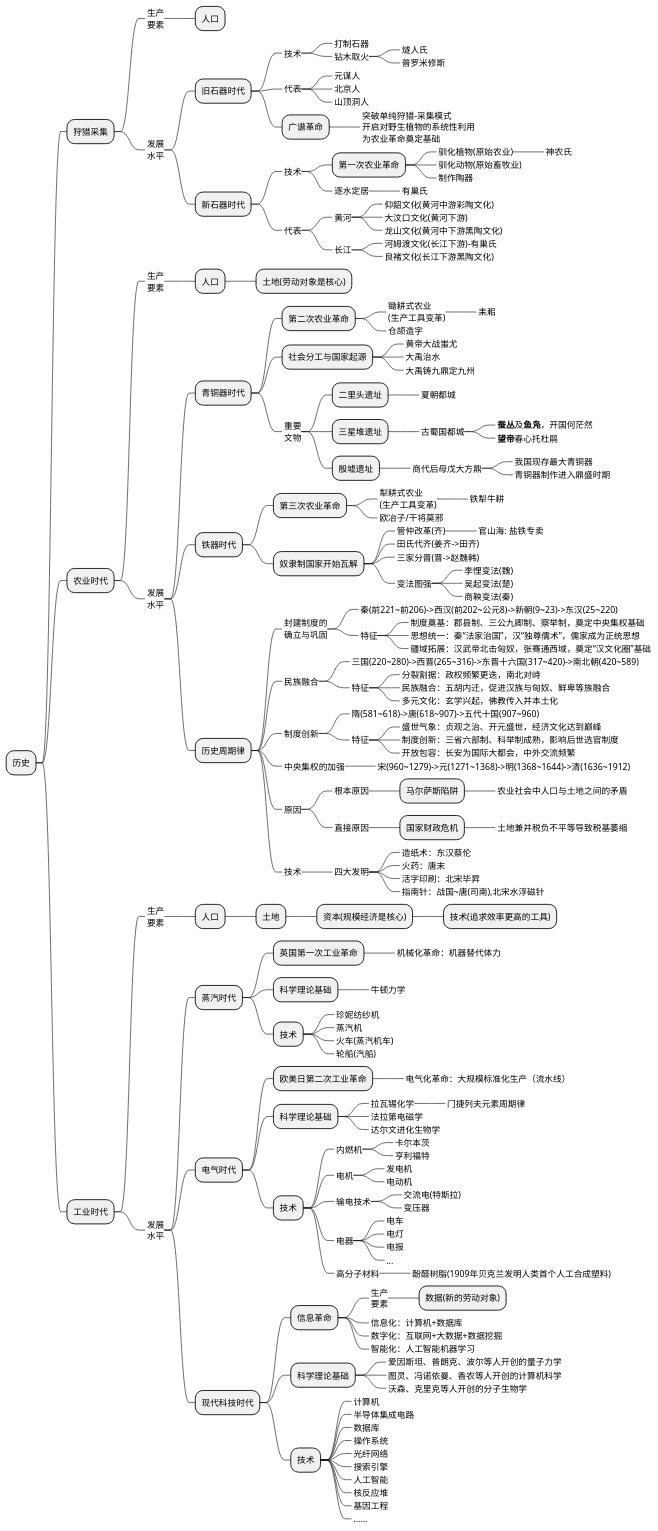
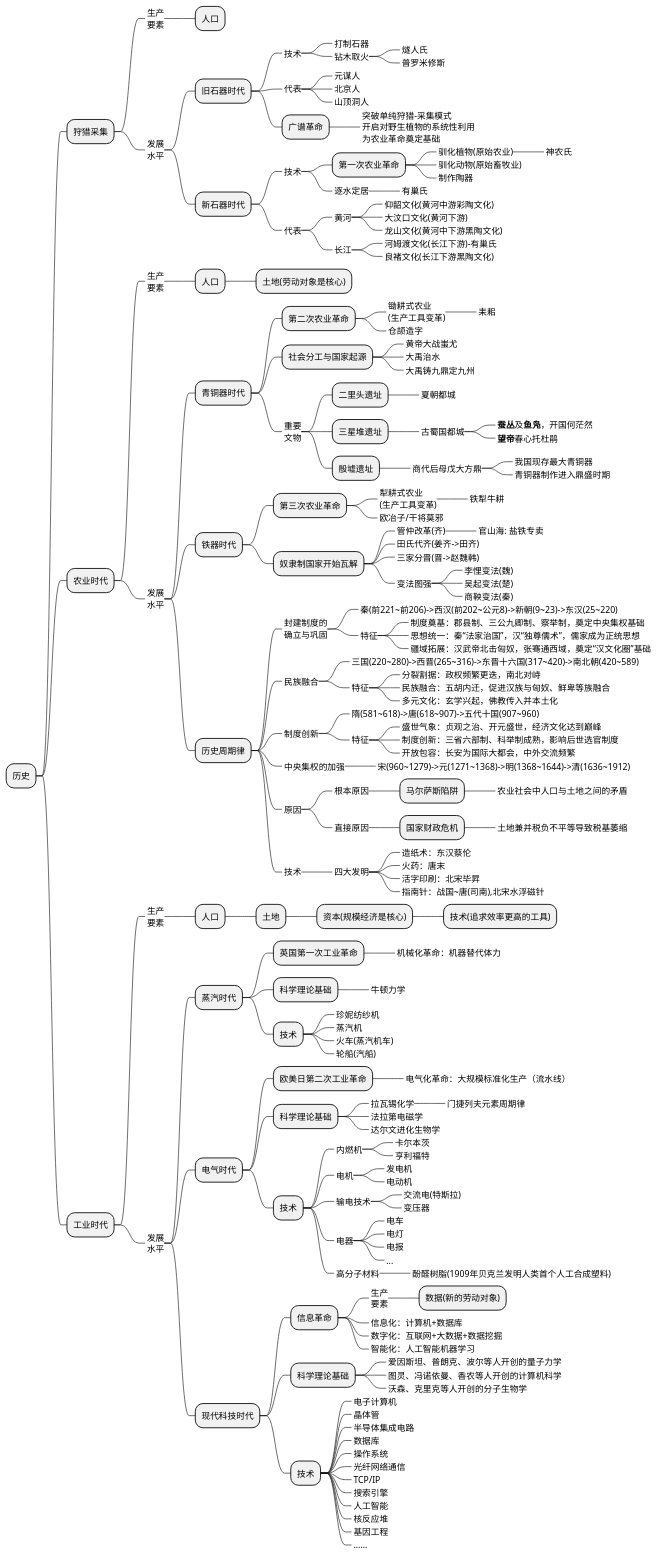
The first of 2 diagrams in source/_posts/economic/economic_and_history.md (holmofy/blog.hufeifei.cn), drawn with PlantUML before and after one commit.

```diff
--- a/source/_posts/economic/economic_and_history.md
+++ b/source/_posts/economic/economic_and_history.md
@@ -180,11 +180,13 @@
 ++++++_ 图灵、冯诺依曼、香农等人开创的计算机科学
 ++++++_ 沃森、克里克等人开创的分子生物学
 +++++ 技术
-++++++_ 计算机
+++++++_ 电子计算机
+++++++_ 晶体管
 ++++++_ 半导体集成电路
 ++++++_ 数据库
 ++++++_ 操作系统
-++++++_ 光纤网络
+++++++_ 光纤网络通信
+++++++_ TCP/IP
 ++++++_ 搜索引擎
 ++++++_ 人工智能
 ++++++_ 核反应堆
```
